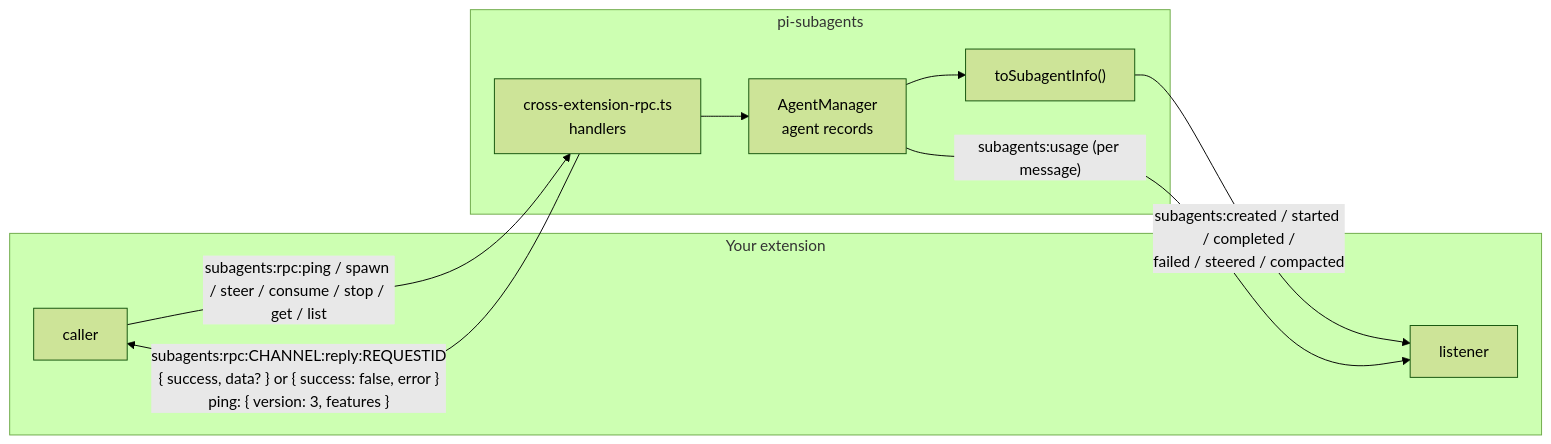
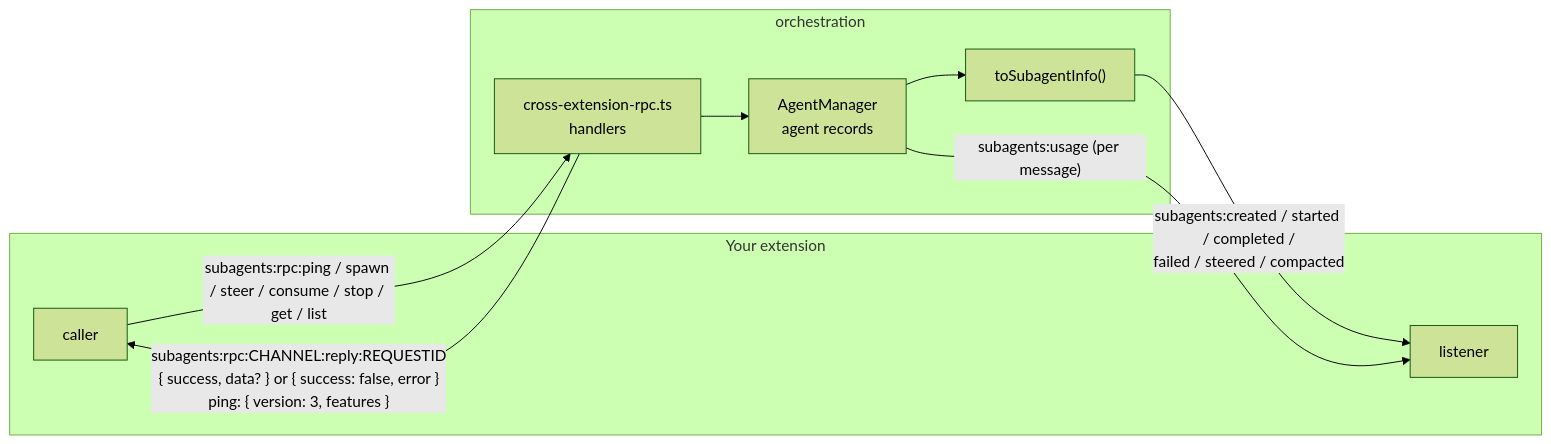
Before and after one commit to lfld287/swarm: the first of 5 diagrams in docs/rpc.md, drawn with Mermaid (forest theme). The commit also changed other lines of this file and 21 other files, not shown here.

````diff
--- a/docs/rpc.md
+++ b/docs/rpc.md
@@ -13,18 +15,18 @@
 ```mermaid
 flowchart LR
   subgraph you["Your extension"]
     L["listener"]
     C["caller"]
   end
-  subgraph ext["pi-subagents"]
+  subgraph ext["orchestration"]
     R["cross-extension-rpc.ts<br/>handlers"]
     M["AgentManager<br/>agent records"]
     I["toSubagentInfo()"]
   end
   C -- "subagents:rpc:ping / spawn / steer / consume / stop / get / list" --> R
   R -- "subagents:rpc:CHANNEL:reply:REQUESTID<br/>{ success, data? } or { success: false, error }<br/>ping: { version: 3, features }" --> C
   R --> M
   M --> I
   I -- "subagents:created / started / completed /<br/>failed / steered / compacted" --> L
   M -- "subagents:usage (per message)" --> L
 ```
````
